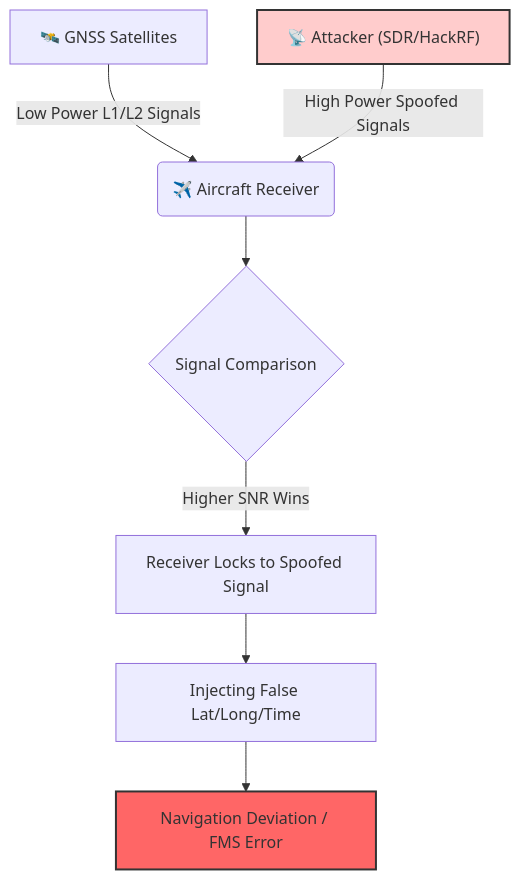
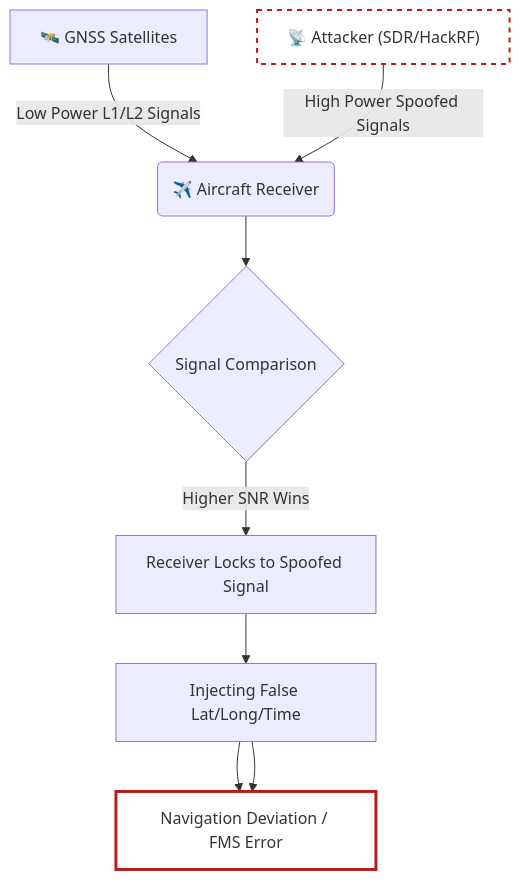
Before and after one commit to Faizan-Khanx/AeroSpaceHacking: the fourth of 8 diagrams in README.md, drawn with Mermaid. The commit also changed other lines of this file, not shown here.

````diff
--- a/README.md
+++ b/README.md
@@ -515,12 +520,15 @@
 ```mermaid
 graph TD
     A["🛰️ GNSS Satellites"] -->|Low Power L1/L2 Signals| B("✈️ Aircraft Receiver")
     C["📡 Attacker (SDR/HackRF)"] -->|High Power Spoofed Signals| B
     B --> D{Signal Comparison}
     D -->|Higher SNR Wins| E[Receiver Locks to Spoofed Signal]
     E --> F[Injecting False Lat/Long/Time]
     F --> G[Navigation Deviation / FMS Error]
     
-    style C fill:#ffcccc,stroke:#333,stroke-width:2px
-    style G fill:#ff6666,stroke:#333,stroke-width:2px
+    F --> G[Navigation Deviation / FMS Error]
+    
+    %% Professional styling
+    style C stroke:#B71C1C,stroke-width:2px,fill:none,stroke-dasharray: 5 5
+    style G stroke:#B71C1C,stroke-width:3px,fill:none
 ```
````
